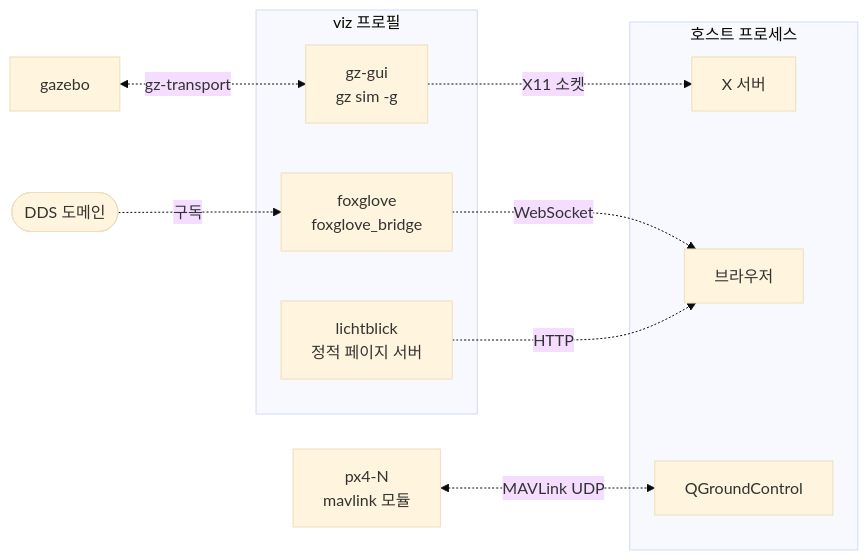
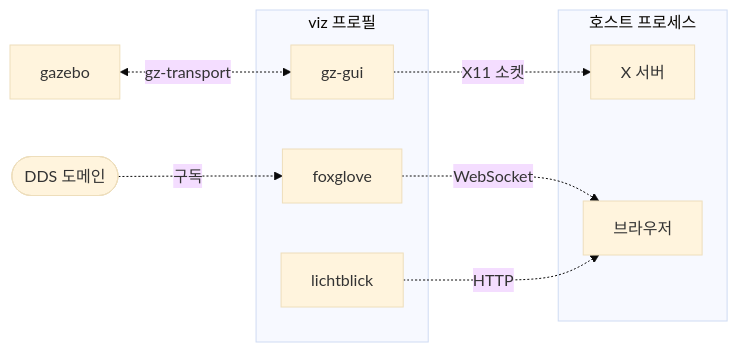
One commit to danielhongwoo/idsim changed the sixth of 8 diagrams in docs/architecture.md. Above: the diagram before and after it, drawn with Mermaid (base theme). The commit also changed other lines of this file and 1 other file, not shown here.

First line of the commit message:
architecture.md의 모든 그림을 더 작은 기준으로 다시 나눔

````diff
--- a/docs/architecture.md
+++ b/docs/architecture.md
@@ -324,23 +310,20 @@
 ```mermaid
 flowchart LR
   GZ3["gazebo"]
   DDS3(["DDS 도메인"])
-  PX3["px4-N<br/>mavlink 모듈"]
   subgraph VIZC["viz 프로필"]
-    GUI["gz-gui<br/>gz sim -g"]
-    FOX["foxglove<br/>foxglove_bridge"]
-    LB["lichtblick<br/>정적 페이지 서버"]
+    GUI["gz-gui"]
+    FOX["foxglove"]
+    LB["lichtblick"]
   end
   subgraph HOSTC["호스트 프로세스"]
     XS["X 서버"]
     WEB["브라우저"]
-    QGC["QGroundControl"]
   end
 
   GZ3 <-.->|"gz-transport"| GUI
   GUI -.->|"X11 소켓"| XS
   DDS3 -.->|"구독"| FOX
   FOX -.->|"WebSocket"| WEB
   LB -.->|"HTTP"| WEB
-  PX3 <-.->|"MAVLink UDP"| QGC
 ```
````
